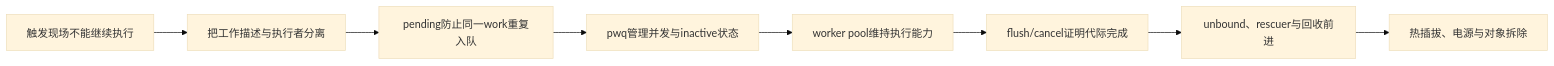
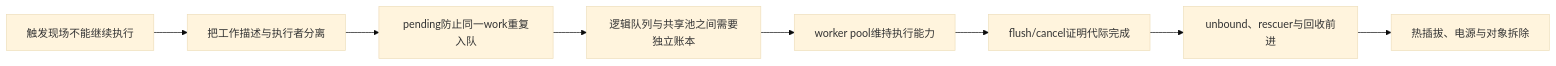
The diagram in knowledge/linux/synchronization_and_asynchrony/asynchrony/workqueue/大纲.md (FormingSystem/linux_note), drawn with Mermaid (base theme) before and after one commit. The commit also changed other lines of this file and 10 other files, not shown here.

````diff
--- a/knowledge/linux/synchronization_and_asynchrony/asynchrony/workqueue/大纲.md
+++ b/knowledge/linux/synchronization_and_asynchrony/asynchrony/workqueue/大纲.md
@@ -18,10 +20,10 @@
 ```mermaid
 flowchart LR
     A["触发现场不能继续执行"] --> B["把工作描述与执行者分离"]
     B --> C["pending防止同一work重复入队"]
-    C --> D["pwq管理并发与inactive状态"]
+    C --> D["逻辑队列与共享池之间需要独立账本"]
     D --> E["worker pool维持执行能力"]
     E --> F["flush/cancel证明代际完成"]
     F --> G["unbound、rescuer与回收前进"]
     G --> H["热插拔、电源与对象拆除"]
 ```
````
